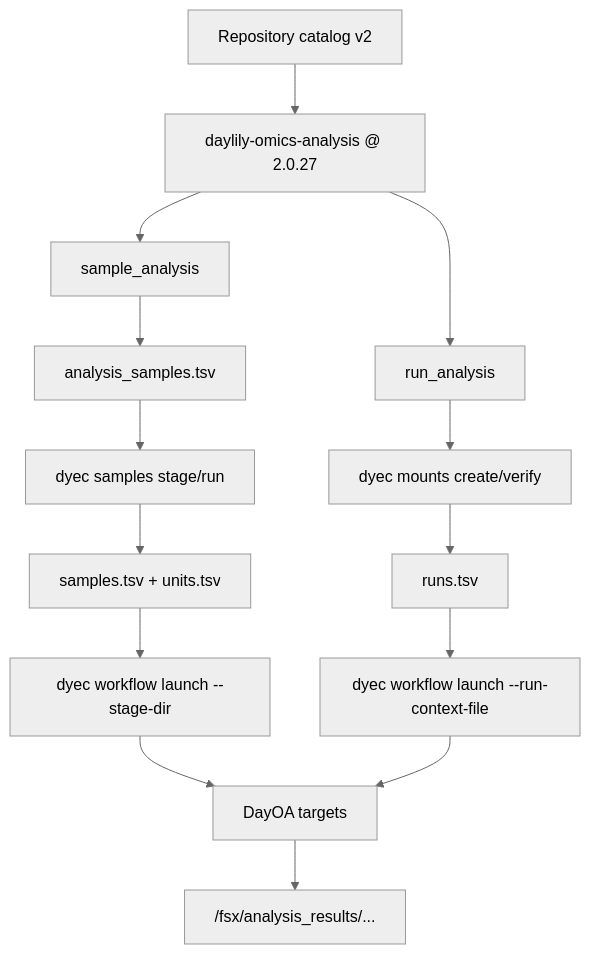
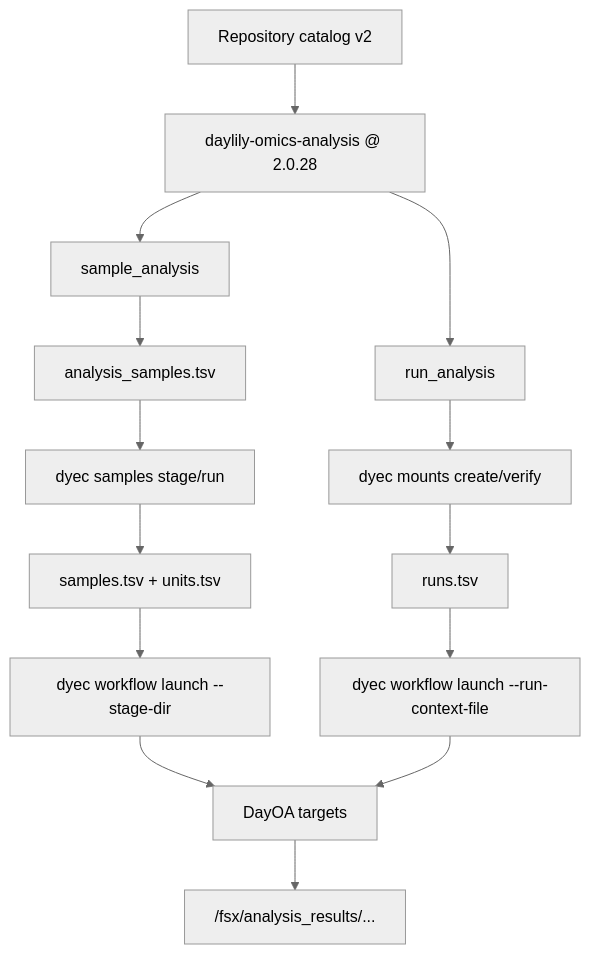
One commit to Daylily-Informatics/daylily-ephemeral-cluster changed the third of 3 diagrams in docs/dra_fsx_strategy.md. Above: the diagram before and after it, drawn with Mermaid (neutral theme). The commit also changed other lines of this file and 13 other files, not shown here.

````diff
--- a/docs/dra_fsx_strategy.md
+++ b/docs/dra_fsx_strategy.md
@@ -102,19 +102,19 @@
 ```mermaid
 flowchart TB
-  Catalog["Repository catalog v2"] --> Repo["daylily-omics-analysis @ 2.0.27"]
+  Catalog["Repository catalog v2"] --> Repo["daylily-omics-analysis @ 2.0.28"]
   Repo --> Sample["sample_analysis"]
   Repo --> Run["run_analysis"]
 
   Sample --> Manifest["analysis_samples.tsv"]
   Manifest --> Stage["dyec samples stage/run"]
   Stage --> TSV["samples.tsv + units.tsv"]
   TSV --> LaunchA["dyec workflow launch --stage-dir"]
 
   Run --> Mount["dyec mounts create/verify"]
   Mount --> Runs["runs.tsv"]
   Runs --> LaunchB["dyec workflow launch --run-context-file"]
 
   LaunchA --> DayOA["DayOA targets"]
   LaunchB --> DayOA
   DayOA --> Results["/fsx/analysis_results/..."]
 ```
````
